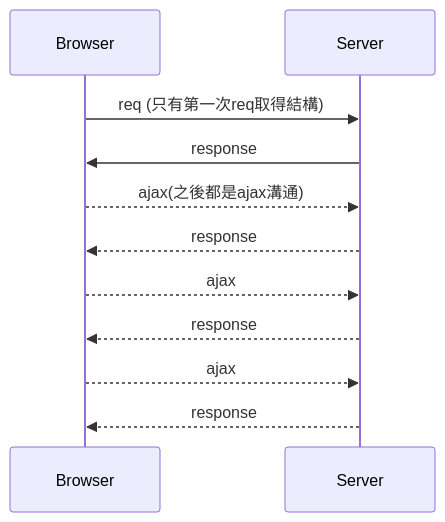
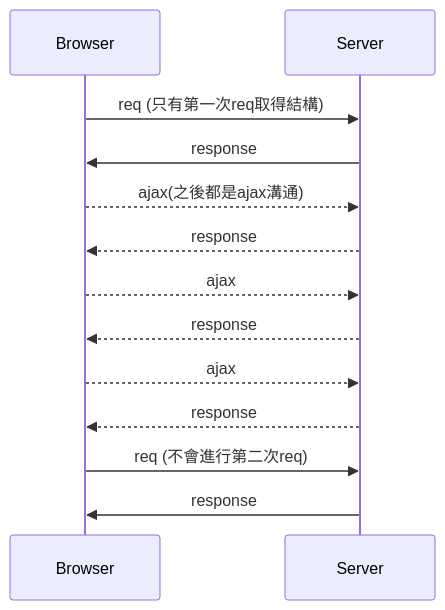
The second of 2 diagrams in software/vue_learning_20250715_note.md (taichimaner/taichimaner), drawn with Mermaid before and after one commit. The commit also changed other lines of this file, not shown here.

````diff
--- a/software/vue_learning_20250715_note.md
+++ b/software/vue_learning_20250715_note.md
@@ -12,13 +12,15 @@
 ```mermaid
 sequenceDiagram
     participant B as Browser
     participant S as Server
     B->>S: req (只有第一次req取得結構)
     S->>B: response
     B-->>S: ajax(之後都是ajax溝通)
     S-->>B: response
     B-->>S: ajax
     S-->>B: response
     B-->>S: ajax
     S-->>B: response
+    B->>S: req (不會進行第二次req)
+    S->>B: response
 ```
````
